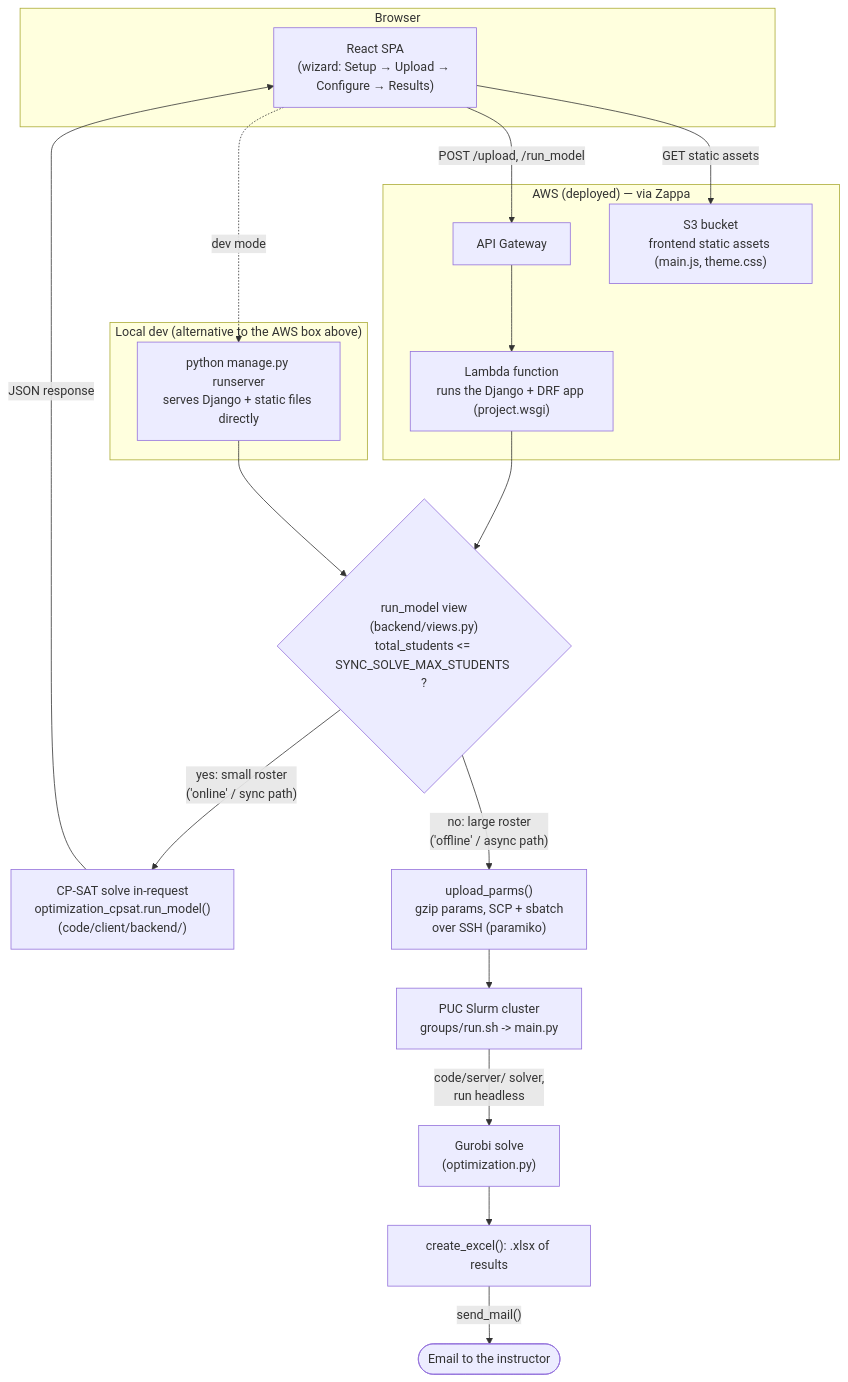
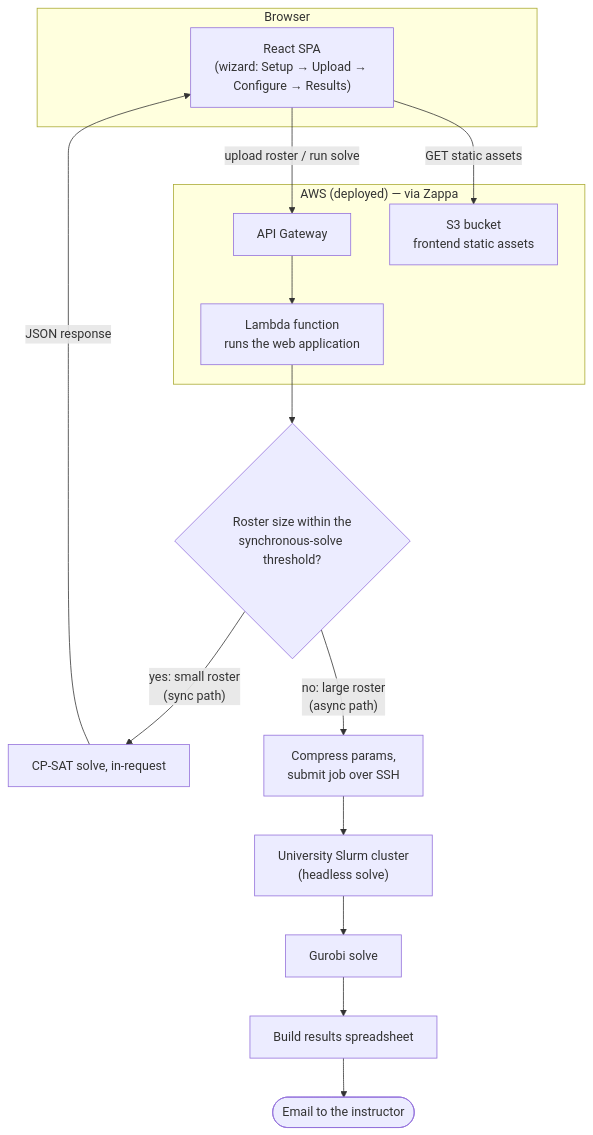
One commit to nlvargas/MATE changed the diagram in docs/ARCHITECTURE.md. Above: the diagram before and after it, drawn with Mermaid. The commit also changed other lines of this file, not shown here.

First line of the commit message:
docs: make ARCHITECTURE.md code-agnostic and drop benchmark figures

````diff
--- a/docs/ARCHITECTURE.md
+++ b/docs/ARCHITECTURE.md
@@ -68,33 +52,27 @@
 ```mermaid
 flowchart TB
     subgraph Client["Browser"]
         SPA["React SPA<br/>(wizard: Setup → Upload → Configure → Results)"]
     end
 
     subgraph Hosting["AWS (deployed) — via Zappa"]
         APIGW["API Gateway"]
-        Lambda["Lambda function<br/>runs the Django + DRF app (project.wsgi)"]
-        S3["S3 bucket<br/>frontend static assets (main.js, theme.css)"]
-    end
-
-    subgraph LocalDev["Local dev (alternative to the AWS box above)"]
-        RunServer["python manage.py runserver<br/>serves Django + static files directly"]
+        Lambda["Lambda function<br/>runs the web application"]
+        S3["S3 bucket<br/>frontend static assets"]
     end
 
     SPA -->|"GET static assets"| S3
-    SPA -->|"POST /upload, /run_model"| APIGW
+    SPA -->|"upload roster / run solve"| APIGW
     APIGW --> Lambda
-    SPA -.->|"dev mode"| RunServer
 
-    Lambda --> RunModel{"run_model view<br/>(backend/views.py)<br/>total_students <= SYNC_SOLVE_MAX_STUDENTS ?"}
-    RunServer --> RunModel
+    Lambda --> RunModel{"Roster size within the<br/>synchronous-solve threshold?"}
 
-    RunModel -->|"yes: small roster<br/>('online' / sync path)"| SolveSync["CP-SAT solve in-request<br/>optimization_cpsat.run_model()<br/>(code/client/backend/)"]
+    RunModel -->|"yes: small roster<br/>(sync path)"| SolveSync["CP-SAT solve, in-request"]
     SolveSync -->|"JSON response"| SPA
 
-    RunModel -->|"no: large roster<br/>('offline' / async path)"| Upload["upload_parms()<br/>gzip params, SCP + sbatch<br/>over SSH (paramiko)"]
-    Upload --> Cluster["PUC Slurm cluster<br/>groups/run.sh -> main.py"]
-    Cluster -->|"code/server/ solver,<br/>run headless"| SolveAsync["Gurobi solve<br/>(optimization.py)"]
-    SolveAsync --> Excel["create_excel(): .xlsx of results"]
-    Excel -->|"send_mail()"| Email(["Email to the instructor"])
+    RunModel -->|"no: large roster<br/>(async path)"| Upload["Compress params,<br/>submit job over SSH"]
+    Upload --> Cluster["University Slurm cluster<br/>(headless solve)"]
+    Cluster --> SolveAsync["Gurobi solve"]
+    SolveAsync --> Excel["Build results spreadsheet"]
+    Excel --> Email(["Email to the instructor"])
 ```
````
